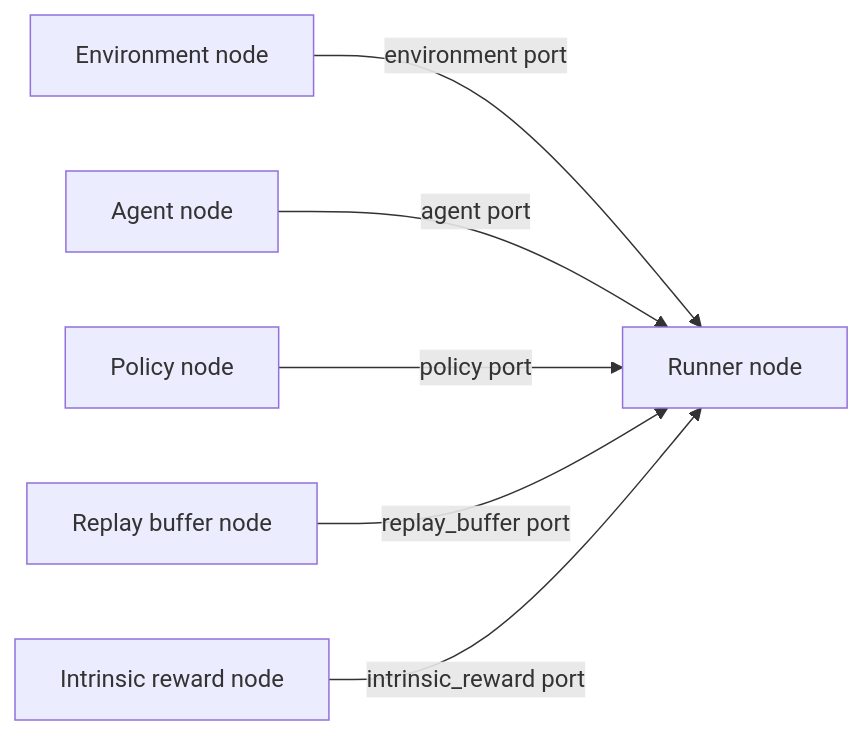
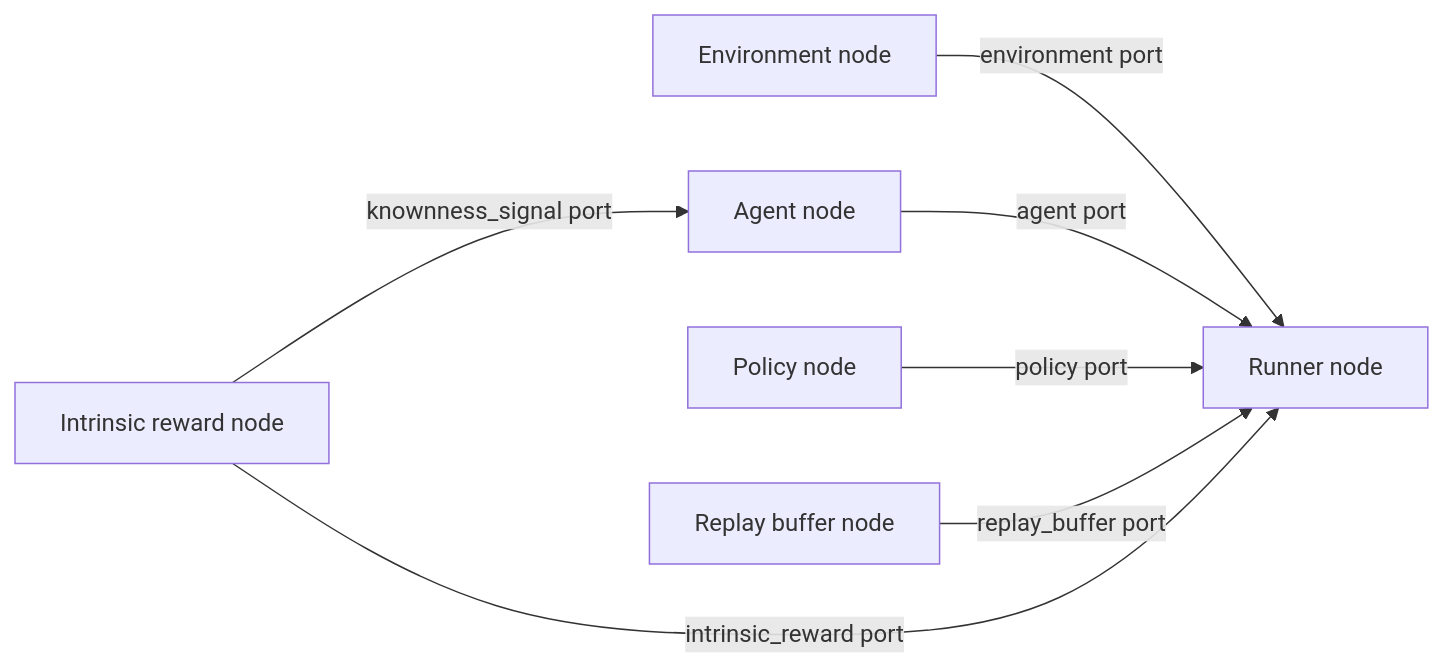
One commit to cruz-lucas/rl-flow changed the diagram in docs/concepts/workflows.md. Above: the diagram before and after it, drawn with Mermaid. The commit also changed 3 other files, not shown here.

````diff
--- a/docs/concepts/workflows.md
+++ b/docs/concepts/workflows.md
@@ -5,8 +5,9 @@
 ```mermaid
 flowchart LR
     env[Environment node] -- environment port --> runner[Runner node]
     agent[Agent node] -- agent port --> runner
     policy[Policy node] -- policy port --> runner
     replay[Replay buffer node] -- replay_buffer port --> runner
     intrinsic[Intrinsic reward node] -- intrinsic_reward port --> runner
+    intrinsic -- knownness_signal port --> agent
 ```
````
